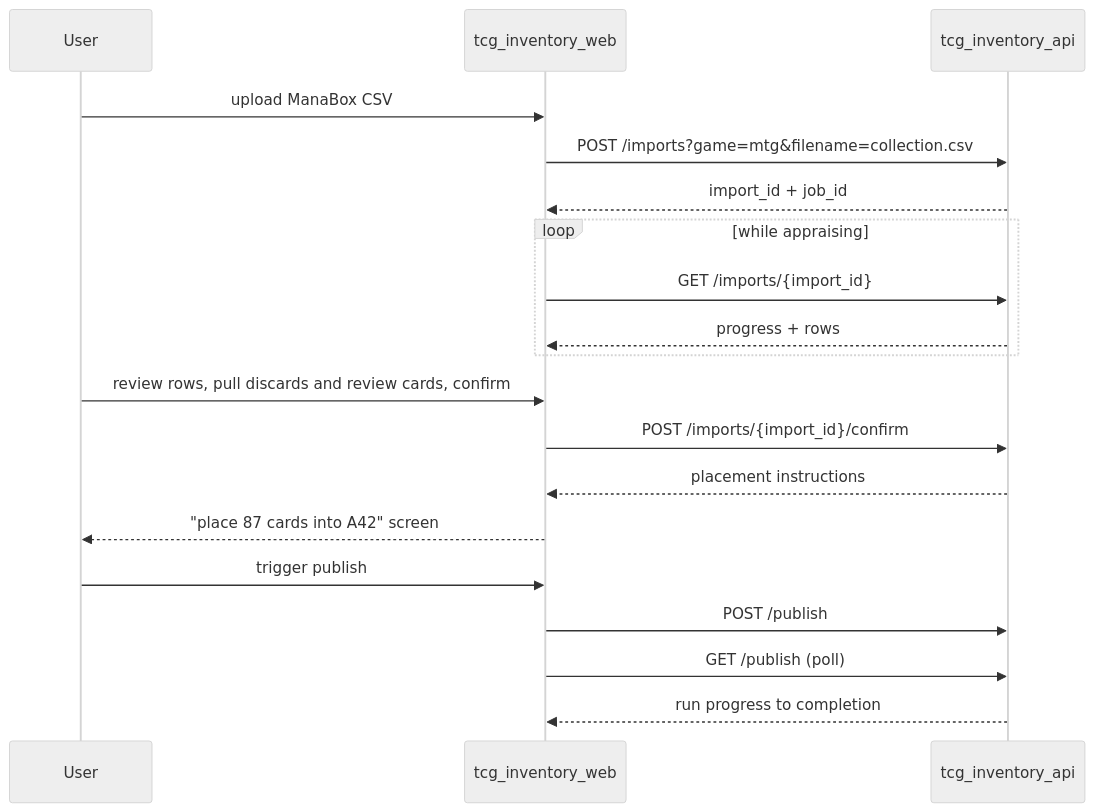
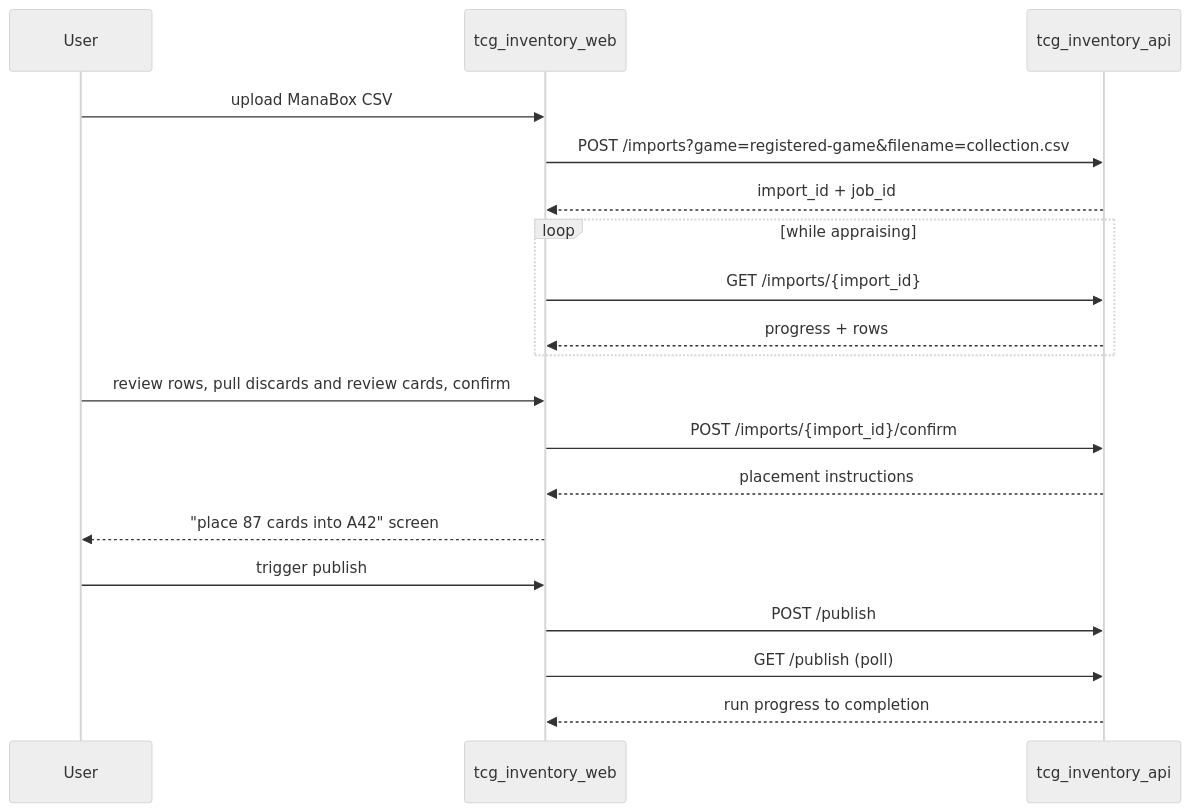
The second of 3 diagrams in tcg_inventory_web/README.md (jordansimsmith/jordansimsmith-com), drawn with Mermaid (neutral theme) before and after one commit. The commit also changed other lines of this file and 20 other files, not shown here.

````diff
--- a/tcg_inventory_web/README.md
+++ b/tcg_inventory_web/README.md
@@ -73,22 +74,22 @@
 ```mermaid
 sequenceDiagram
   participant user as User
   participant web as tcg_inventory_web
   participant api as tcg_inventory_api
 
   user->>web: upload ManaBox CSV
-  web->>api: POST /imports?game=mtg&filename=collection.csv
+  web->>api: POST /imports?game=registered-game&filename=collection.csv
   api-->>web: import_id + job_id
   loop while appraising
     web->>api: GET /imports/{import_id}
     api-->>web: progress + rows
   end
   user->>web: review rows, pull discards and review cards, confirm
   web->>api: POST /imports/{import_id}/confirm
   api-->>web: placement instructions
   web-->>user: "place 87 cards into A42" screen
   user->>web: trigger publish
   web->>api: POST /publish
   web->>api: GET /publish (poll)
   api-->>web: run progress to completion
 ```
````
